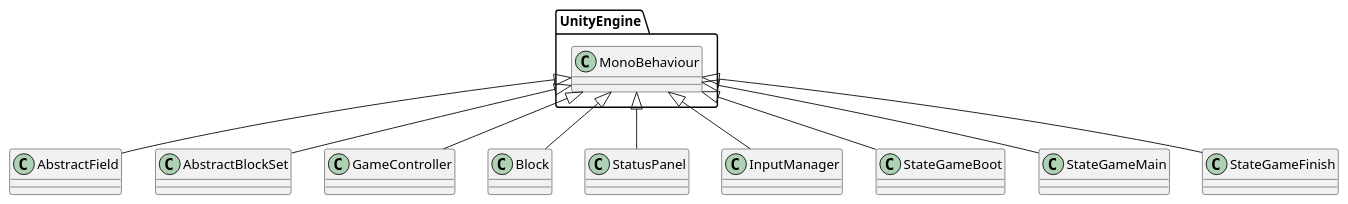
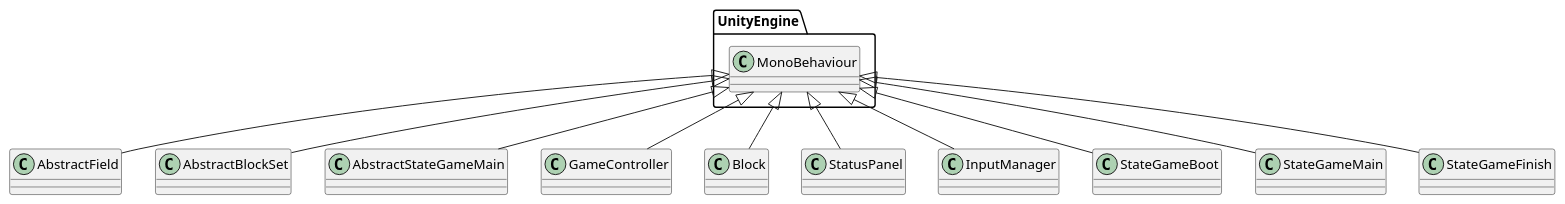
Before and after one commit to azarashin/UnityTetris: the diagram in Documents/PlantUML/CLD_MonoBehaviour.pu, drawn with PlantUML. The commit also changed 12 other files, not shown here.

Commit message:
テストケースの追加。テストのため、AbstractStateGameMain クラスを追加。

```diff
--- a/Documents/PlantUML/CLD_MonoBehaviour.pu
+++ b/Documents/PlantUML/CLD_MonoBehaviour.pu
@@ -1,14 +1,15 @@
 @startuml
 
 UnityEngine.MonoBehaviour <|-- AbstractField
 UnityEngine.MonoBehaviour <|-- AbstractBlockSet
+UnityEngine.MonoBehaviour <|-- AbstractStateGameMain
 
 UnityEngine.MonoBehaviour <|-- GameController
 UnityEngine.MonoBehaviour <|-- Block
 UnityEngine.MonoBehaviour <|-- StatusPanel
 UnityEngine.MonoBehaviour <|-- InputManager
 
 UnityEngine.MonoBehaviour <|-- StateGameBoot
 UnityEngine.MonoBehaviour <|-- StateGameMain
 UnityEngine.MonoBehaviour <|-- StateGameFinish
 @enduml
```
